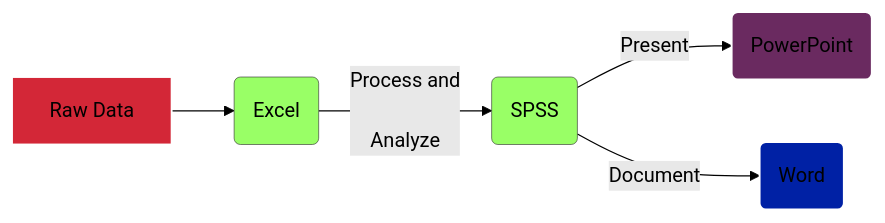
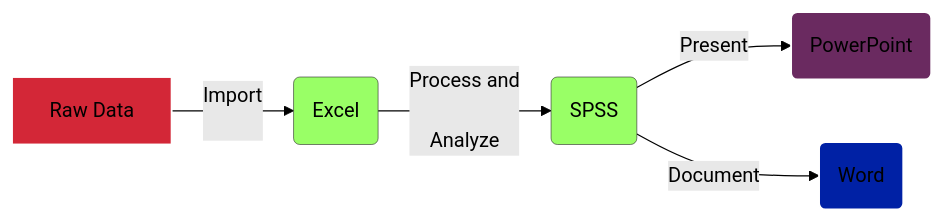
Before and after one commit to UF-SPLab/coding-capabilities-science: the ninth of 14 diagrams in cultivate_coding.qmd, drawn with Mermaid. The commit also changed other lines of this file and 1 other file, not shown here.

````diff
--- a/cultivate_coding.qmd
+++ b/cultivate_coding.qmd
@@ -447,32 +545,26 @@
 ```{mermaid, echo=FALSE, warning=FALSE, message=FALSE, fig.width=12, fig.height=2}
 
 %%{init: {'theme':'forest'}}%%
 
 graph LR
-    A[Raw Data] --> B(Excel)
+    A[Raw Data] -->|Import </br> </br> </tab> | B(Excel)
     B -->|Process and </tab> </br> </br> </tab> Analyze| C(SPSS)
     C -->|Present| D(PowerPoint)
     C -->|Document| E(Word)
     
 
     classDef green fill:#9f6,stroke:#333,stroke-width:0.5px;
     classDef orange fill:#f96,stroke:#333,stroke-width:1px;
     classDef white fill:#fff,stroke:#333,stroke-width:1px; 
     classDef blue fill:#6699cc,stroke:#333,stroke-width:1px;
     classDef red fill:#D32737,stroke:#FFF,stroke-width:1.5px;
     classDef purple fill:#6A2A60,stroke:#FFF,stroke-width:1.5px;
     classDef royalblue fill:#0021A5,stroke:#FFF,stroke-width:1.5px;
     
     class B,C green
     class A red
     class E royalblue
     class D purple
-    
-    
-    %%style A fill:#f9f,stroke:#333,stroke-width:2px
-    %%style B fill:#bbf,stroke:#333,stroke-width:2px
-    %%style C fill:#fbf,stroke:#333,stroke-width:2px
-    %%style D fill:#bfb,stroke:#333,stroke-width:2px
-    %%style E fill:#ffb,stroke:#333,stroke-width:2px
+
     
 ```
````
